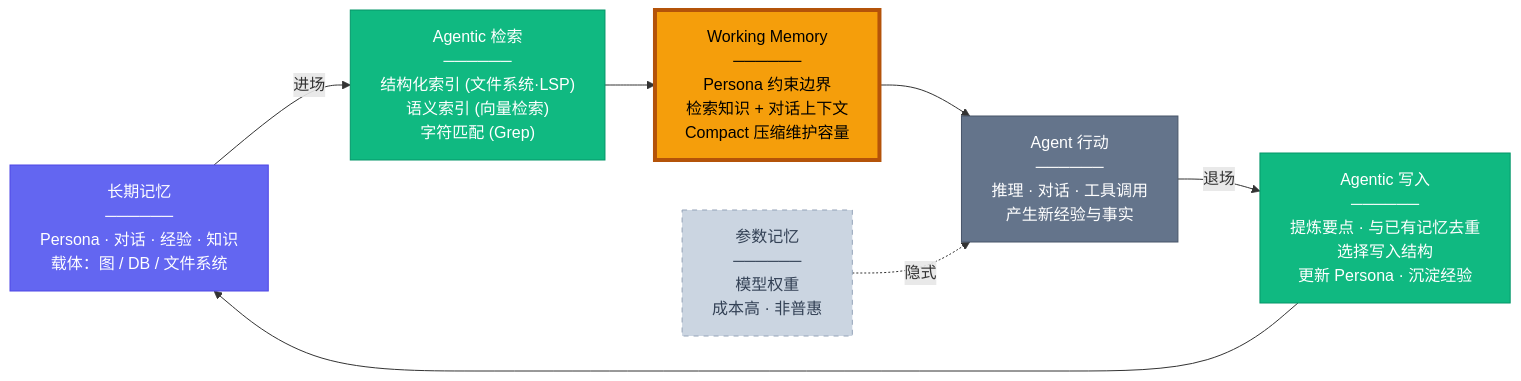
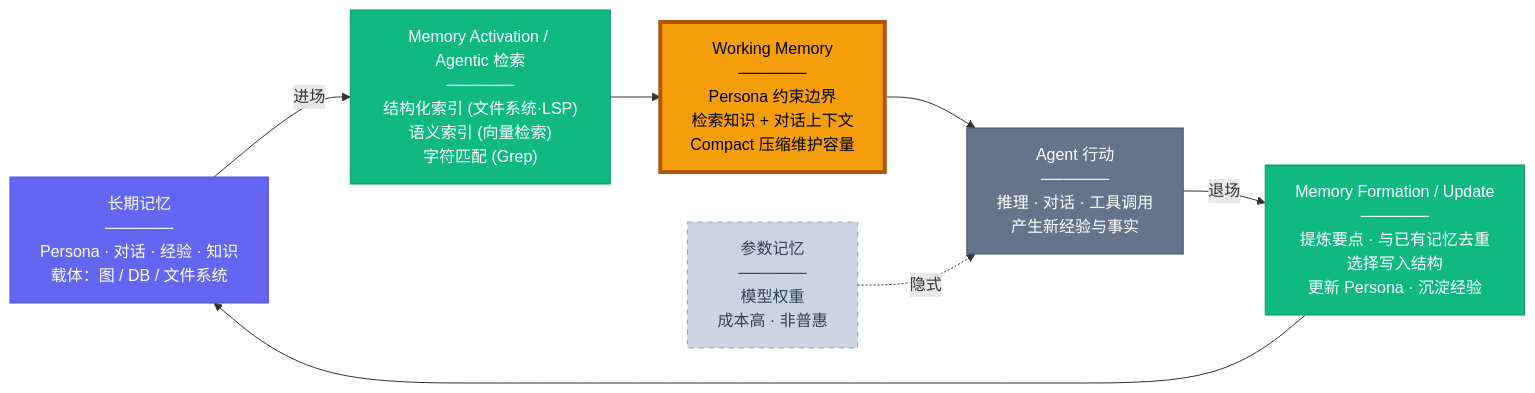
One commit to Hyacehila/hyacehila.github.io changed the diagram in _posts/2026-03-21-agent-memory-panorama.md. Above: the diagram before and after it, drawn with Mermaid. The commit also changed other lines of this file, not shown here.

Commit message:
Refine agent memory panorama focus

````diff
--- a/_posts/2026-03-21-agent-memory-panorama.md
+++ b/_posts/2026-03-21-agent-memory-panorama.md
@@ -50,20 +52,20 @@
 ```mermaid
 flowchart LR
     LTM["长期记忆<br/>──────<br/>Persona · 对话 · 经验 · 知识<br/>载体：图 / DB / 文件系统"]
-    READ["Agentic 检索<br/>──────<br/>结构化索引 (文件系统·LSP)<br/>语义索引 (向量检索)<br/>字符匹配 (Grep)"]
+    READ["Memory Activation / Agentic 检索<br/>──────<br/>结构化索引 (文件系统·LSP)<br/>语义索引 (向量检索)<br/>字符匹配 (Grep)"]
     WM["Working Memory<br/>──────<br/>Persona 约束边界<br/>检索知识 + 对话上下文<br/>Compact 压缩维护容量"]
     ACT["Agent 行动<br/>──────<br/>推理 · 对话 · 工具调用<br/>产生新经验与事实"]
-    WRITE["Agentic 写入<br/>──────<br/>提炼要点 · 与已有记忆去重<br/>选择写入结构<br/>更新 Persona · 沉淀经验"]
+    WRITE["Memory Formation / Update<br/>──────<br/>提炼要点 · 与已有记忆去重<br/>选择写入结构<br/>更新 Persona · 沉淀经验"]
 
     LTM -->|进场| READ --> WM
     WM --> ACT -->|退场| WRITE --> LTM
 
     PM["参数记忆<br/>──────<br/>模型权重<br/>成本高 · 非普惠"] -.->|隐式| ACT
 
     style WM fill:#f59e0b,color:#000,stroke:#b45309,stroke-width:4px
     style LTM fill:#6366f1,color:#fff,stroke:#4f46e5
     style READ fill:#10b981,color:#fff,stroke:#059669
     style ACT fill:#64748b,color:#fff,stroke:#475569
     style WRITE fill:#10b981,color:#fff,stroke:#059669
     style PM fill:#cbd5e1,color:#334155,stroke:#94a3b8,stroke-dasharray:5 5
 ```
````
